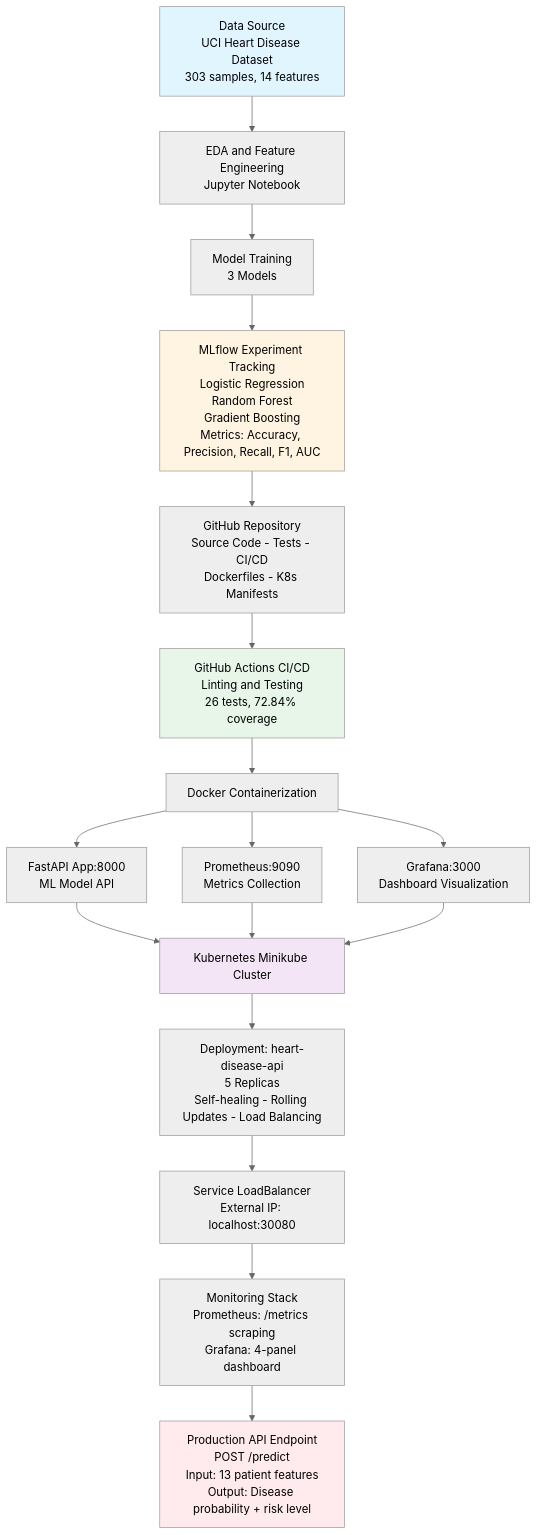
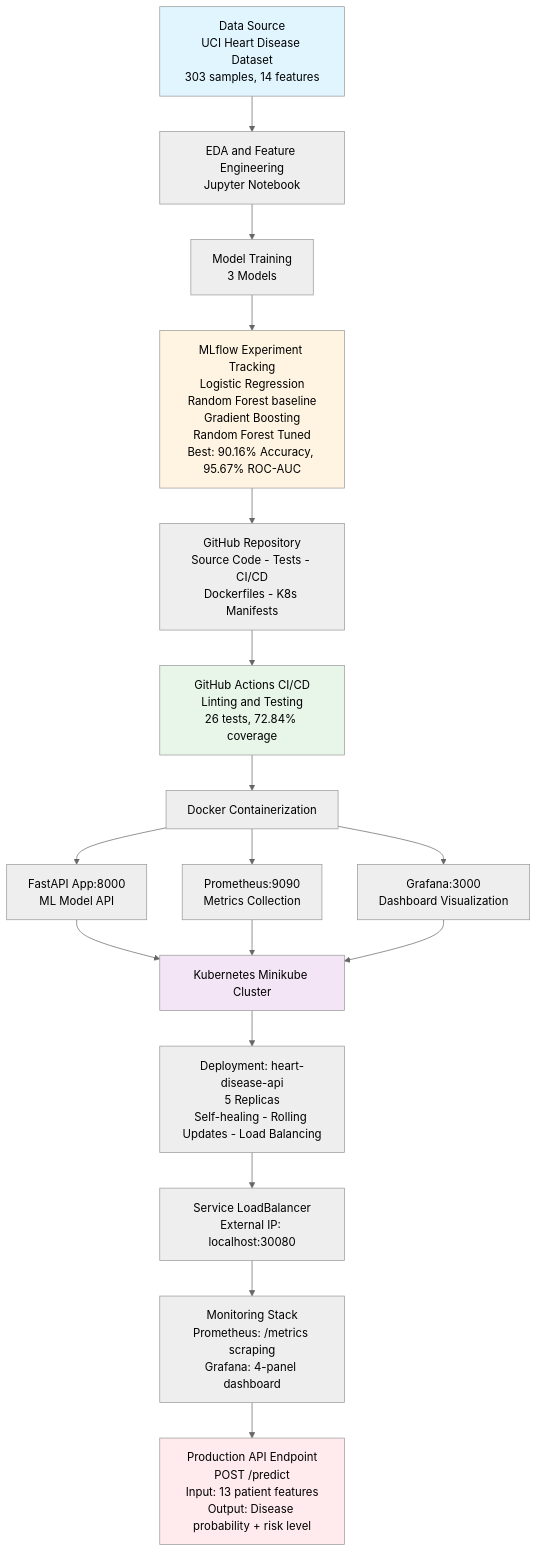
Before and after one commit to devaprasadp-bits/MLOps-Assignment1-Group126: the diagram in Final_Report.md, drawn with Mermaid (neutral theme). The commit also changed other lines of this file and 1 other file, not shown here.

Commit message:
Update docs with correct metrics and fix setup instructions

````diff
--- a/Final_Report.md
+++ b/Final_Report.md
@@ -44,35 +44,35 @@
 ```mermaid
 flowchart TD
     A[Data Source<br/>UCI Heart Disease Dataset<br/>303 samples, 14 features] --> B[EDA and Feature Engineering<br/>Jupyter Notebook]
     B --> C[Model Training<br/>3 Models]
     
-    C --> D[MLflow Experiment Tracking<br/>Logistic Regression<br/>Random Forest<br/>Gradient Boosting<br/>Metrics: Accuracy, Precision, Recall, F1, AUC]
+    C --> D[MLflow Experiment Tracking<br/>Logistic Regression<br/>Random Forest baseline<br/>Gradient Boosting<br/>Random Forest Tuned<br/>Best: 90.16% Accuracy, 95.67% ROC-AUC]
     
     D --> E[GitHub Repository<br/>Source Code - Tests - CI/CD<br/>Dockerfiles - K8s Manifests]
     
     E --> F[GitHub Actions CI/CD<br/>Linting and Testing<br/>26 tests, 72.84% coverage]
     
     F --> G[Docker Containerization]
     
     G --> H[FastAPI App:8000<br/>ML Model API]
     G --> I[Prometheus:9090<br/>Metrics Collection]
     G --> J[Grafana:3000<br/>Dashboard Visualization]
     
     H --> K[Kubernetes Minikube Cluster]
     I --> K
     J --> K
     
     K --> L[Deployment: heart-disease-api<br/>5 Replicas<br/>Self-healing - Rolling Updates - Load Balancing]
     
     L --> M[Service LoadBalancer<br/>External IP: localhost:30080]
     
     M --> N[Monitoring Stack<br/>Prometheus: /metrics scraping<br/>Grafana: 4-panel dashboard]
     
     N --> O[Production API Endpoint<br/>POST /predict<br/>Input: 13 patient features<br/>Output: Disease probability + risk level]
     
     style A fill:#e1f5ff
     style D fill:#fff4e1
     style F fill:#e8f5e9
     style K fill:#f3e5f5
     style O fill:#ffebee
 ```
````
